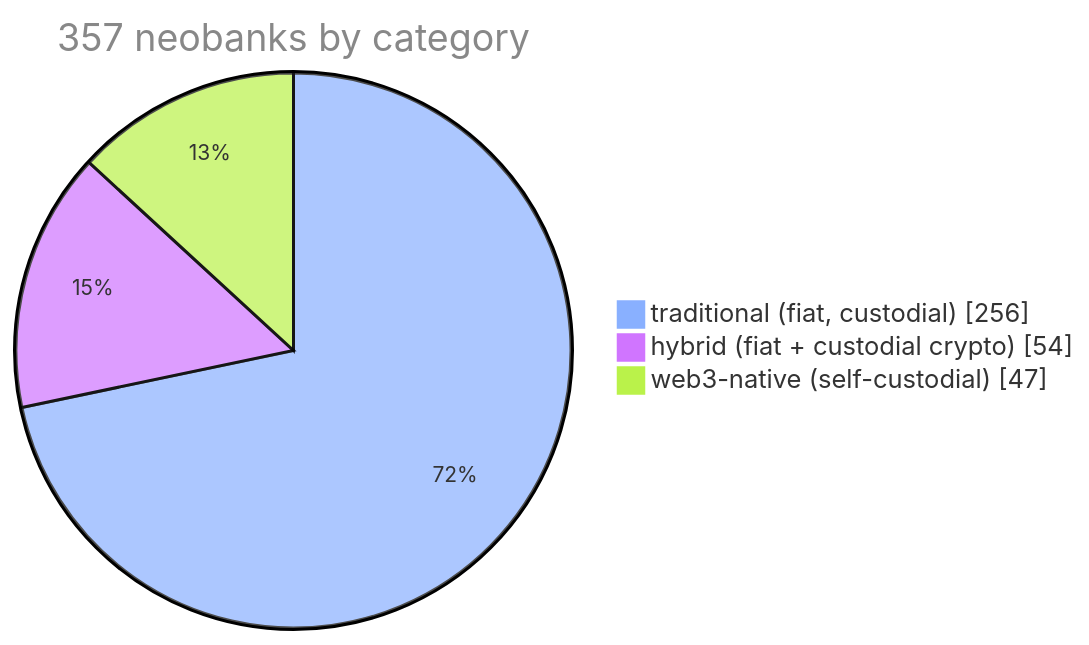
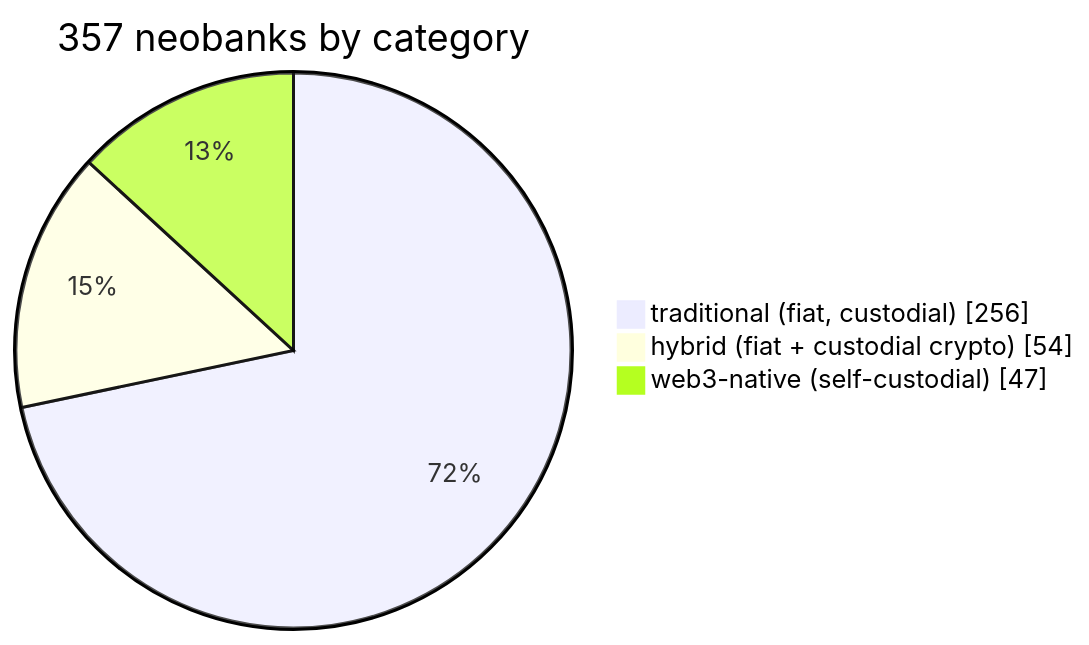
One commit to andreolf/neobankbeat changed the first of 3 diagrams in README.md. Above: the diagram before and after it, drawn with Mermaid.

Commit message:
fix pie chart render on GitHub (drop mermaid init directive)

````diff
--- a/README.md
+++ b/README.md
@@ -27,7 +27,6 @@
 ```mermaid
-%%{init: {'theme':'base','themeVariables':{'pie1':'#89B0FF','pie2':'#D075FF','pie3':'#BAF24A','pieTitleTextColor':'#888','pieSectionTextSize':'14px'}}}%%
 pie showData title 357 neobanks by category
     "traditional (fiat, custodial)" : 256
     "hybrid (fiat + custodial crypto)" : 54
     "web3-native (self-custodial)" : 47
 ```
````
